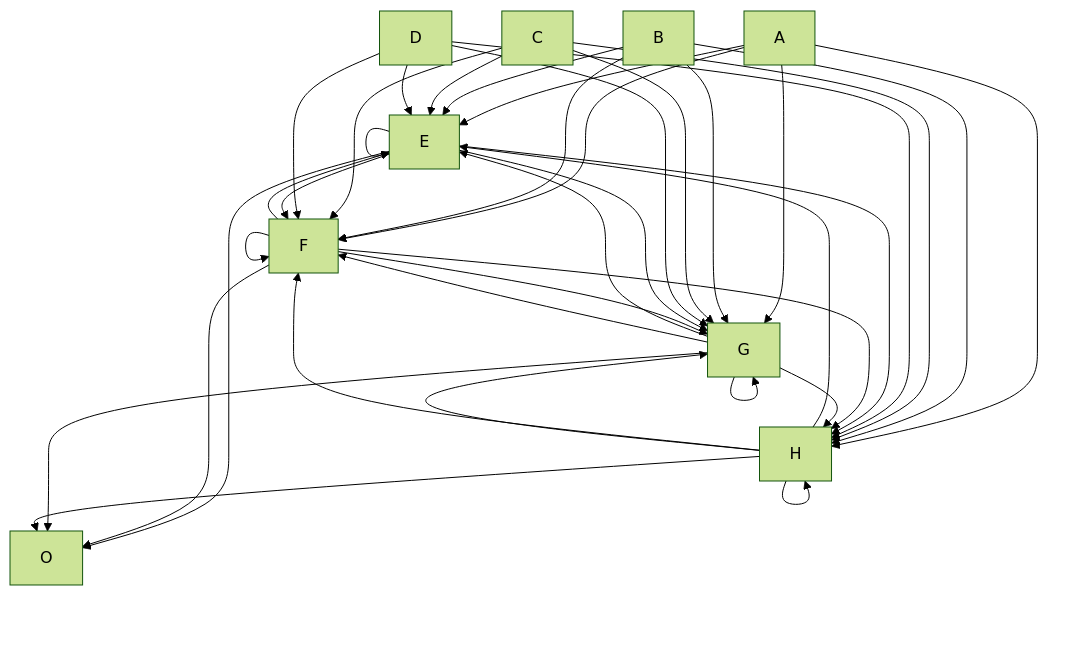
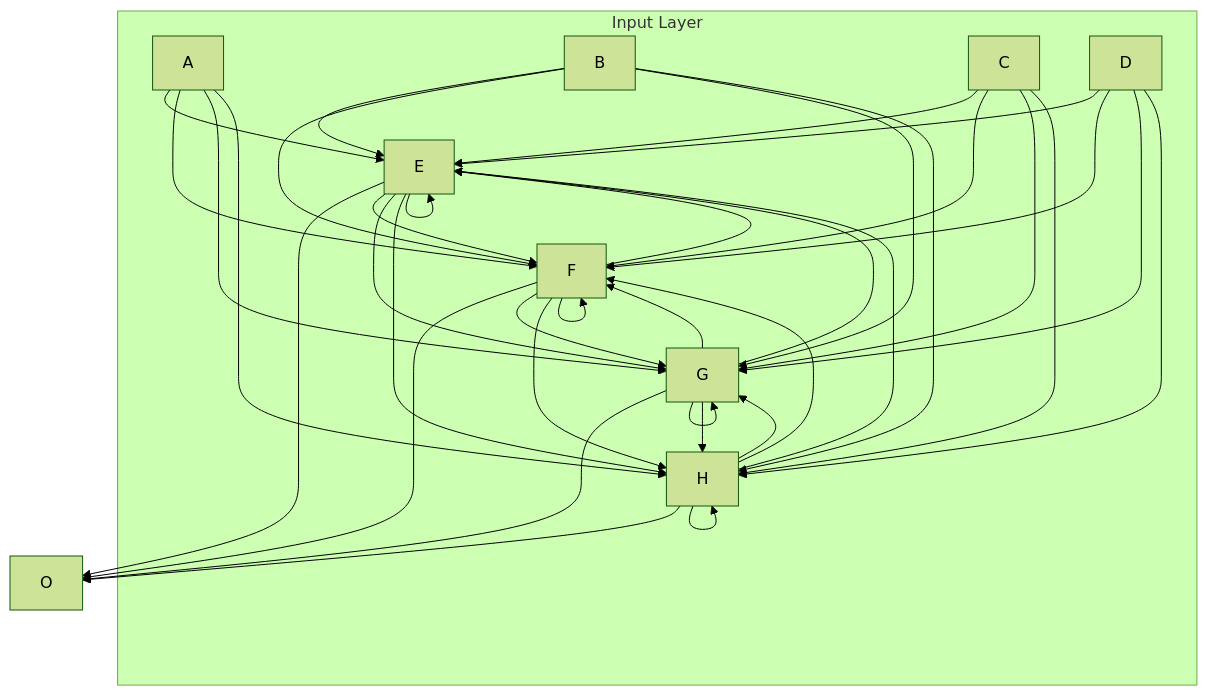
The third of 3 diagrams in DL/ANN.md (Arannamoy-Mondal/NLP-MLOPS), drawn with Mermaid (forest theme) before and after one commit. The commit also changed 1 other file, not shown here.

Commit message:
upd:ANN.md

````diff
--- a/DL/ANN.md
+++ b/DL/ANN.md
@@ -37,45 +37,47 @@
 ```mermaid
 graph TD;
+  subgraph Input_Layer [Input Layer]
   A[A] --> E[E]
   A[A] --> F[F]
   A[A] --> G[G]
   A[A] --> H[H]
   B[B] --> E[E]
   B[B] --> F[F]
   B[B] --> G[G]
   B[B] --> H[H]
   C[C] --> E[E]
   C[C] --> F[F]
   C[C] --> G[G]
   C[C] --> H[H]
   D[D] --> E[E]
   D[D] --> F[F]
   D[D] --> G[G]
   D[D] --> H[H]
+  end
   E[E] --> O[O]
   F[F] --> O[O]
   G[G] --> O[O]
   H[H] --> O[O]
   
     E[E] --> E[E]
     E[E] --> F[F]
     E[E] --> G[G]
     E[E] --> H[H]
 
     F[F] --> E[E]
     F[F] --> F[F]
     F[F] --> G[G]
     F[F] --> H[H]
 
 
     G[G] --> E[E]
     G[G] --> F[F]
     G[G] --> G[G]
     G[G] --> H[H]
 
 
     H[H] --> E[E]
     H[H] --> F[F]
     H[H] --> G[G]
     H[H] --> H[H]
 ```
````
